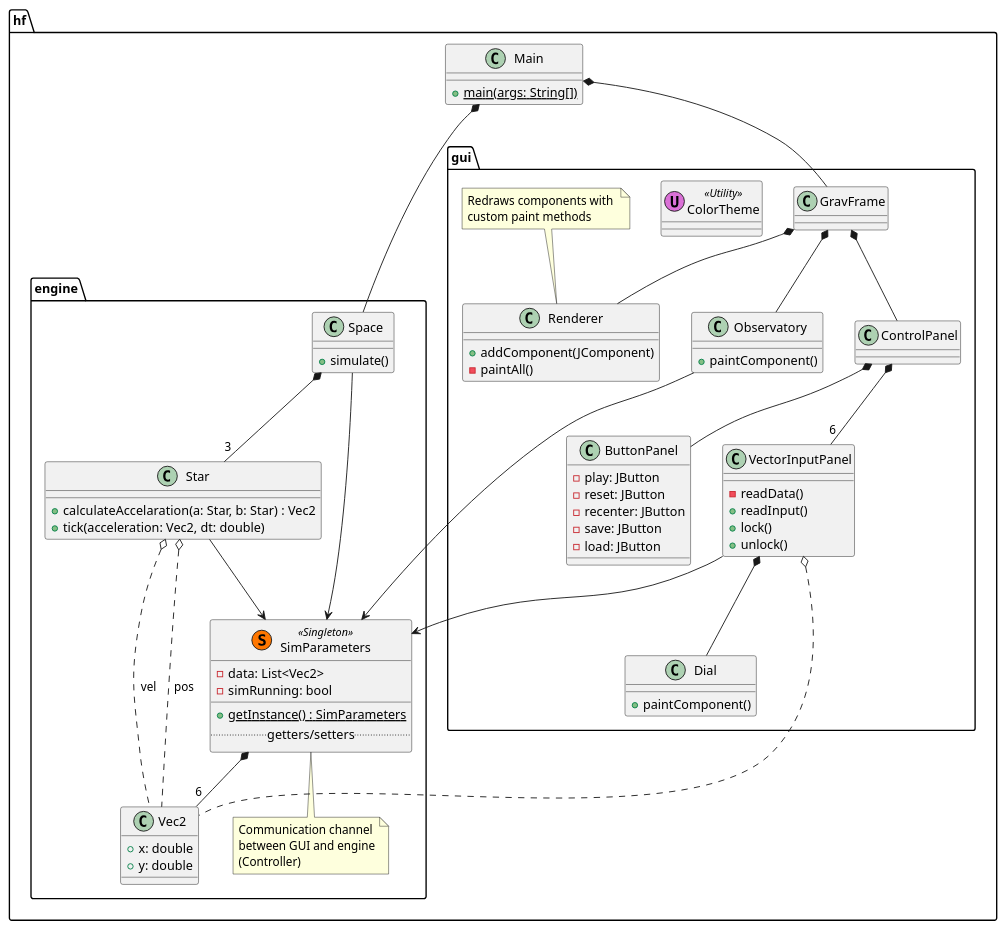
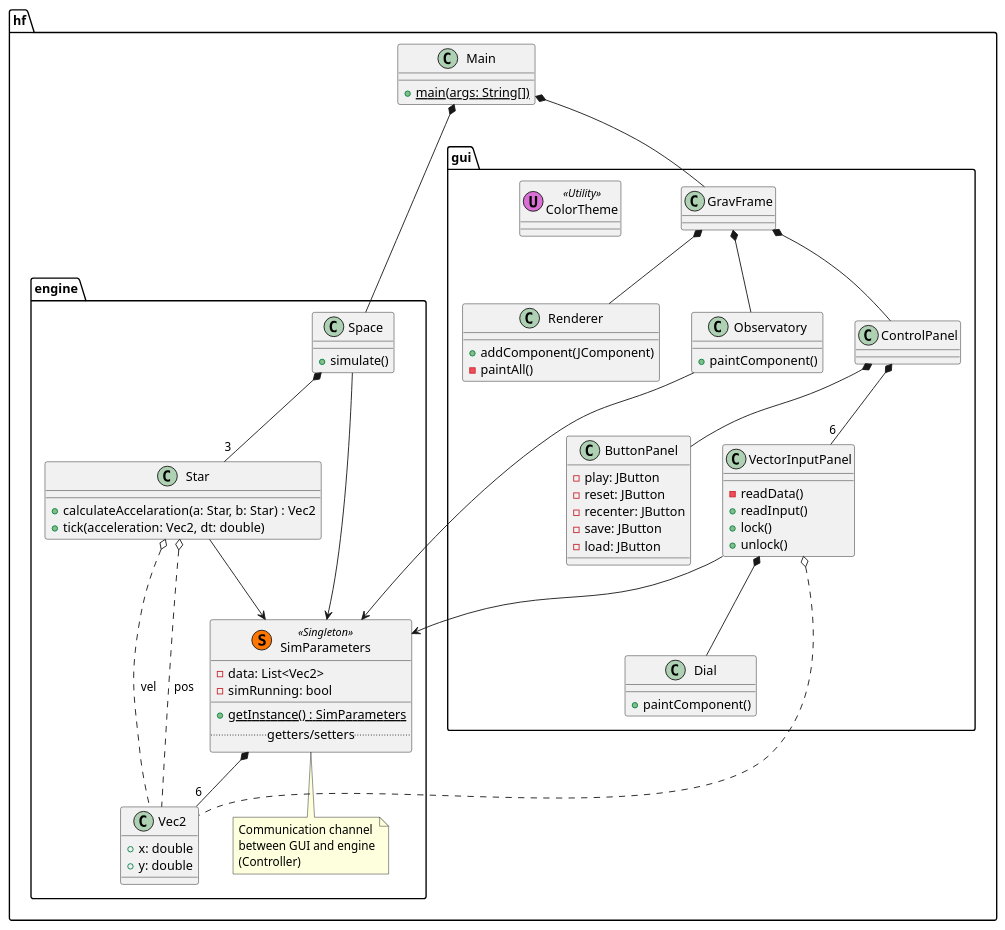
Before and after one commit to ZD4ve/grav: the diagram in classDiagram.plantuml, drawn with PlantUML. The commit also changed 2 other files, not shown here.

Commit message:
addedd class diagram to javadoc

```diff
--- a/classDiagram.plantuml
+++ b/classDiagram.plantuml
@@ -1,94 +1,90 @@
 @startuml grav
 
 package hf {
     class Main {
         + {static} main(args: String[])
     }
 }
 
 package hf.engine {
     class Vec2 {
         + x: double
         + y: double
     }
     class SimParameters << (S,#FF7700) Singleton >> {
         - data: List<Vec2>
         - simRunning: bool
         __
         + {static} getInstance() : SimParameters
         ..getters/setters..
     }
     note bottom of SimParameters
         Communication channel
         between GUI and engine
         (Controller)
     end note
     class Space {
         + simulate()
     }
     class Star {
         + calculateAccelaration(a: Star, b: Star) : Vec2
         + tick(acceleration: Vec2, dt: double)
     }
 }
 
 package hf.gui {
     class GravFrame
     class ColorTheme << (U,Orchid) Utility >>
     class ControlPanel
     class ButtonPanel {
         - play: JButton
         - reset: JButton
         - recenter: JButton
         - save: JButton
         - load: JButton
     }
     class VectorInputPanel {
         - readData()
         + readInput()
         + lock()
         + unlock()
     }
     class Dial {
         + paintComponent()
     }
     class Observatory {
         + paintComponent()
     }
     class Renderer {
         + addComponent(JComponent)
         - paintAll()
     }
-    note top of Renderer
-        Redraws components with 
-        custom paint methods
-    end note
 }
 
 ' Main
 Main *-- GravFrame
 Main *-- Space
 
 ' Engine
 Space *-- "3" Star
 SimParameters *-- "6" Vec2
 
 ' GUI
 VectorInputPanel *-- Dial
 GravFrame *-- ControlPanel
 GravFrame *-- Observatory
 GravFrame *-- Renderer
 ControlPanel *-- ButtonPanel
 ControlPanel *-- "6" VectorInputPanel
 
 ' params
 Observatory --> SimParameters
 VectorInputPanel --> SimParameters
 Star --> SimParameters
 Space --> SimParameters
 Star o.. Vec2 : "pos"
 Star o.. Vec2 : "vel"
 VectorInputPanel o.. Vec2
 
 
 @enduml
```
